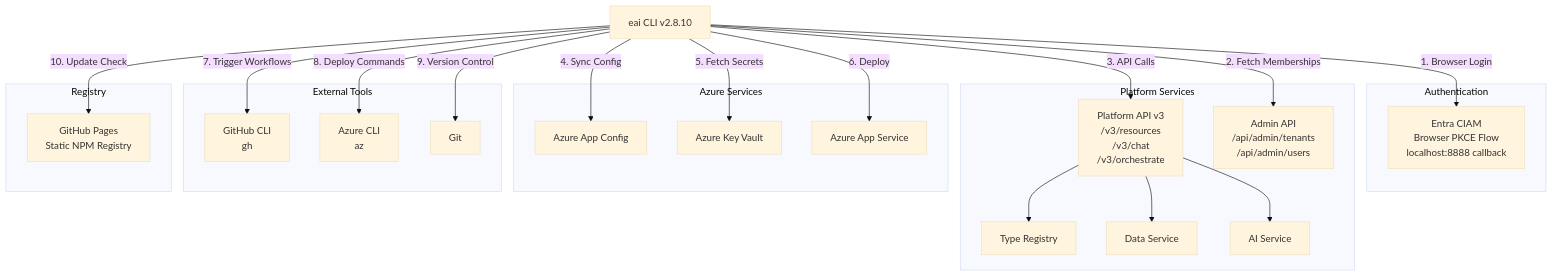
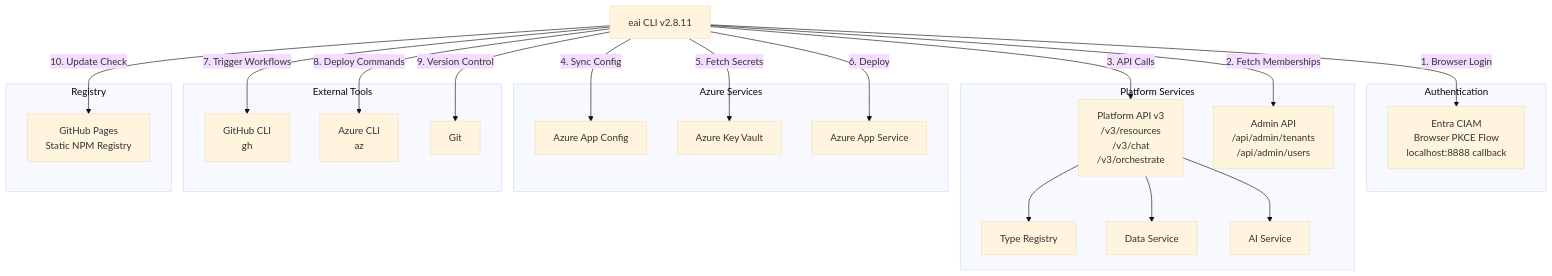
One commit to eai-support/eai changed the diagram in .tech-docs/dependencies.md. Above: the diagram before and after it, drawn with Mermaid (base theme). The commit also changed other lines of this file and 11 other files, not shown here.

````diff
--- a/.tech-docs/dependencies.md
+++ b/.tech-docs/dependencies.md
@@ -16,49 +16,49 @@
 ```mermaid
 graph TB
-    CLI[eai CLI v2.8.10]
+    CLI[eai CLI v2.8.11]
 
     subgraph "Authentication"
         EntraCIAM[Entra CIAM<br/>Browser PKCE Flow<br/>localhost:8888 callback]
     end
 
     subgraph "Platform Services"
         PublicAPI[Platform API v3<br/>/v3/resources<br/>/v3/chat<br/>/v3/orchestrate]
         AdminAPI[Admin API<br/>/api/admin/tenants<br/>/api/admin/users]
         TypeRegistry[Type Registry]
         DataService[Data Service]
         AIService[AI Service]
     end
 
     subgraph "Azure Services"
         AppConfig[Azure App Config]
         KeyVault[Azure Key Vault]
         AppService[Azure App Service]
     end
 
     subgraph "External Tools"
         GitHubCLI[GitHub CLI<br/>gh]
         AzureCLI[Azure CLI<br/>az]
         Git[Git]
     end
 
     subgraph "Registry"
         GitHubPages[GitHub Pages<br/>Static NPM Registry]
     end
 
     CLI -->|1. Browser Login| EntraCIAM
     CLI -->|2. Fetch Memberships| AdminAPI
     CLI -->|3. API Calls| PublicAPI
     PublicAPI --> TypeRegistry
     PublicAPI --> DataService
     PublicAPI --> AIService
 
     CLI -->|4. Sync Config| AppConfig
     CLI -->|5. Fetch Secrets| KeyVault
     CLI -->|6. Deploy| AppService
 
     CLI -->|7. Trigger Workflows| GitHubCLI
     CLI -->|8. Deploy Commands| AzureCLI
     CLI -->|9. Version Control| Git
 
     CLI -->|10. Update Check| GitHubPages
 ```
````
